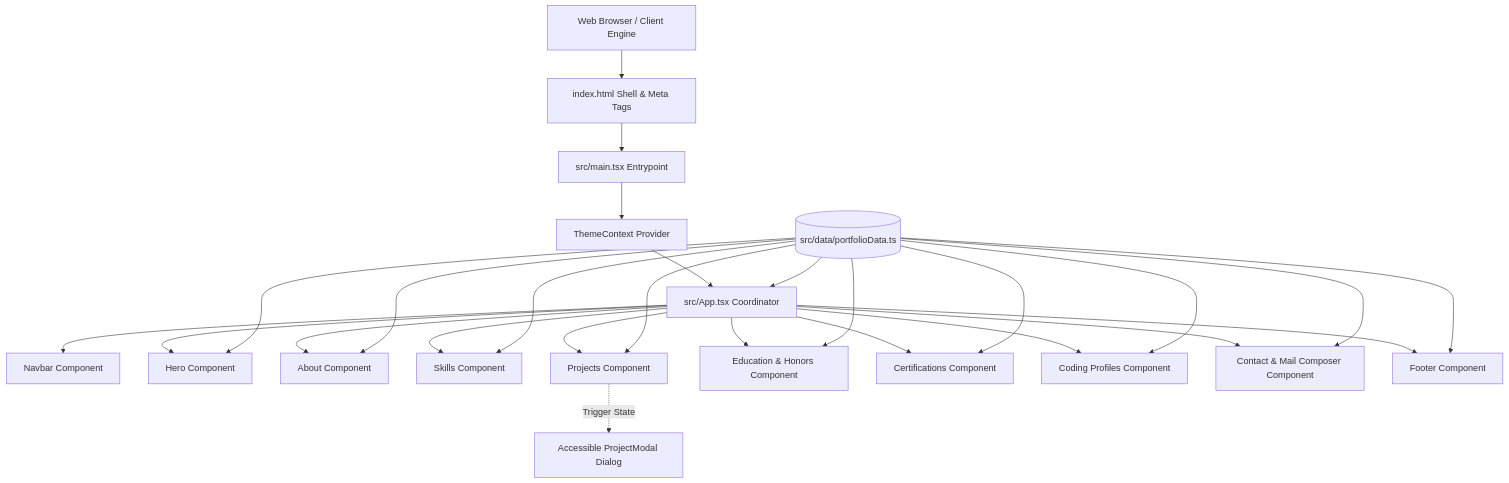
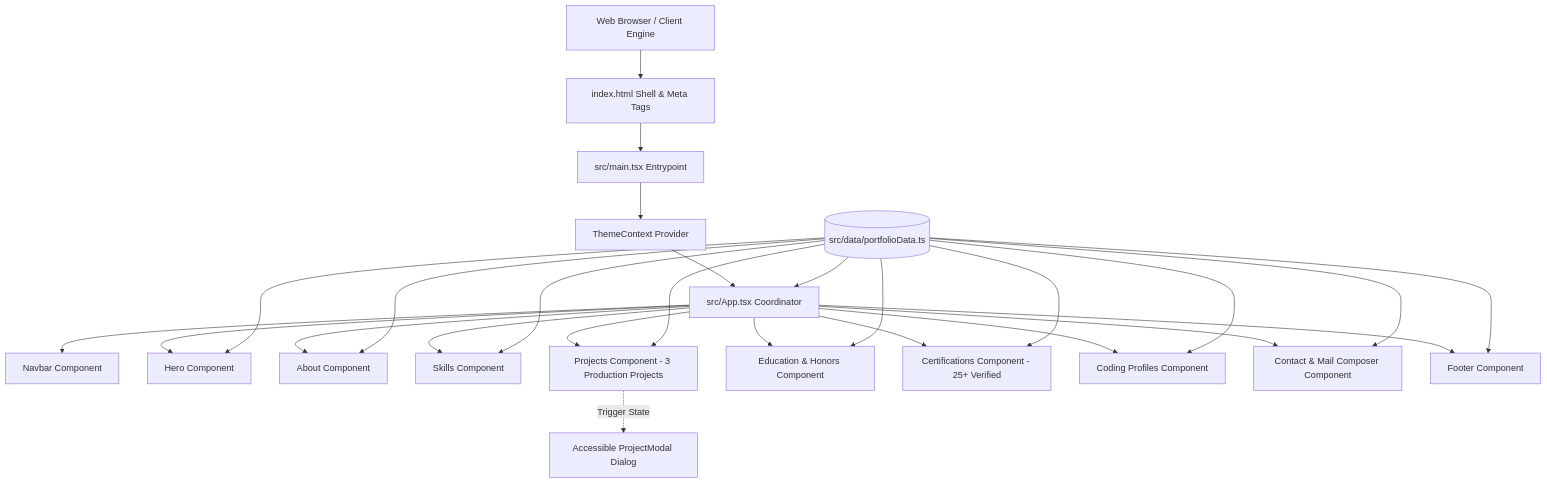
Before and after one commit to lavansh4725/portfolio: the diagram in ARCHITECTURE.md, drawn with Mermaid. The commit also changed other lines of this file and 9 other files, not shown here.

Commit message:
feat: add Enterprise SQL Data Warehouse project, 25+ verified LinkedIn certifications, and author signature

````diff
--- a/ARCHITECTURE.md
+++ b/ARCHITECTURE.md
@@ -11,31 +11,31 @@
 ```mermaid
 graph TD
     Client[Web Browser / Client Engine] --> HTML[index.html Shell & Meta Tags]
     HTML --> Main[src/main.tsx Entrypoint]
     Main --> ThemeProvider[ThemeContext Provider]
     ThemeProvider --> App[src/App.tsx Coordinator]
     
     App --> Navbar[Navbar Component]
     App --> Hero[Hero Component]
     App --> About[About Component]
     App --> Skills[Skills Component]
-    App --> Projects[Projects Component]
+    App --> Projects[Projects Component - 3 Production Projects]
     App --> Education[Education & Honors Component]
-    App --> Certifications[Certifications Component]
+    App --> Certifications[Certifications Component - 25+ Verified]
     App --> Profiles[Coding Profiles Component]
     App --> Contact[Contact & Mail Composer Component]
     App --> Footer[Footer Component]
 
     Projects -.->|Trigger State| ProjectModal[Accessible ProjectModal Dialog]
     
     DataStore[(src/data/portfolioData.ts)] --> App
     DataStore --> Hero
     DataStore --> About
     DataStore --> Skills
     DataStore --> Projects
     DataStore --> Education
     DataStore --> Certifications
     DataStore --> Profiles
     DataStore --> Contact
     DataStore --> Footer
 ```
````
